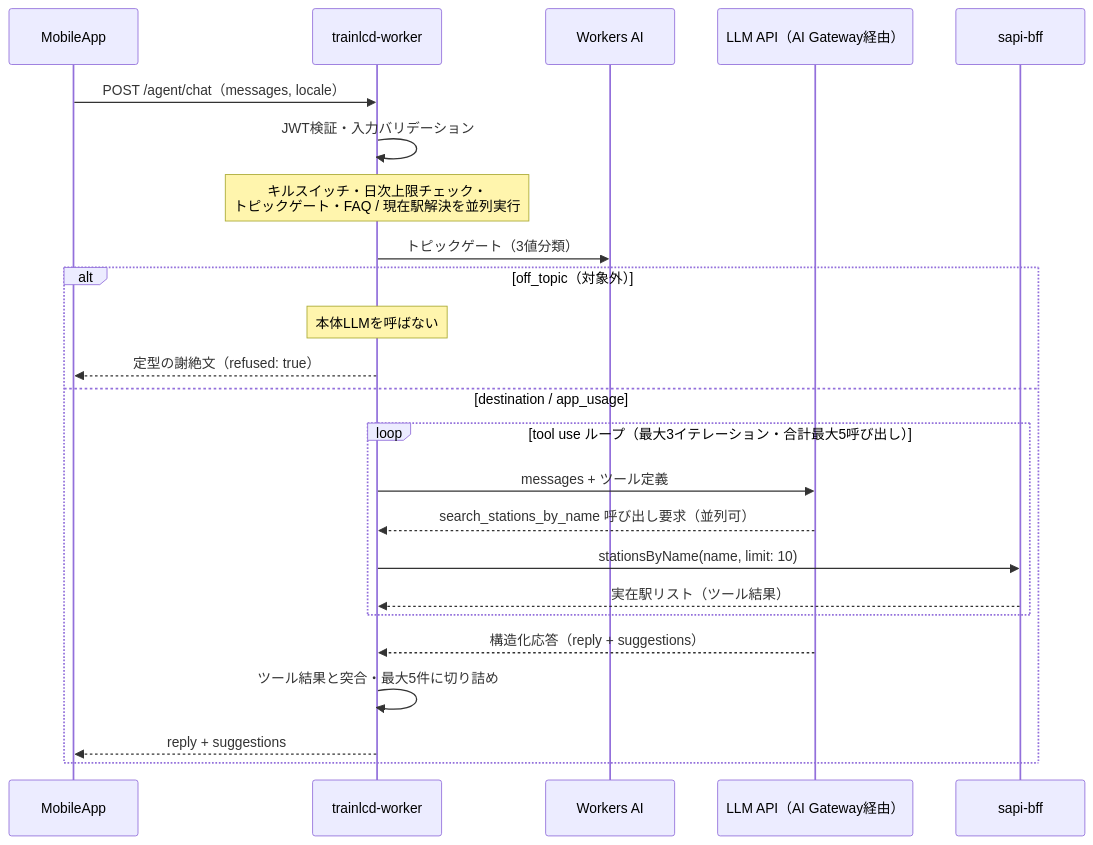
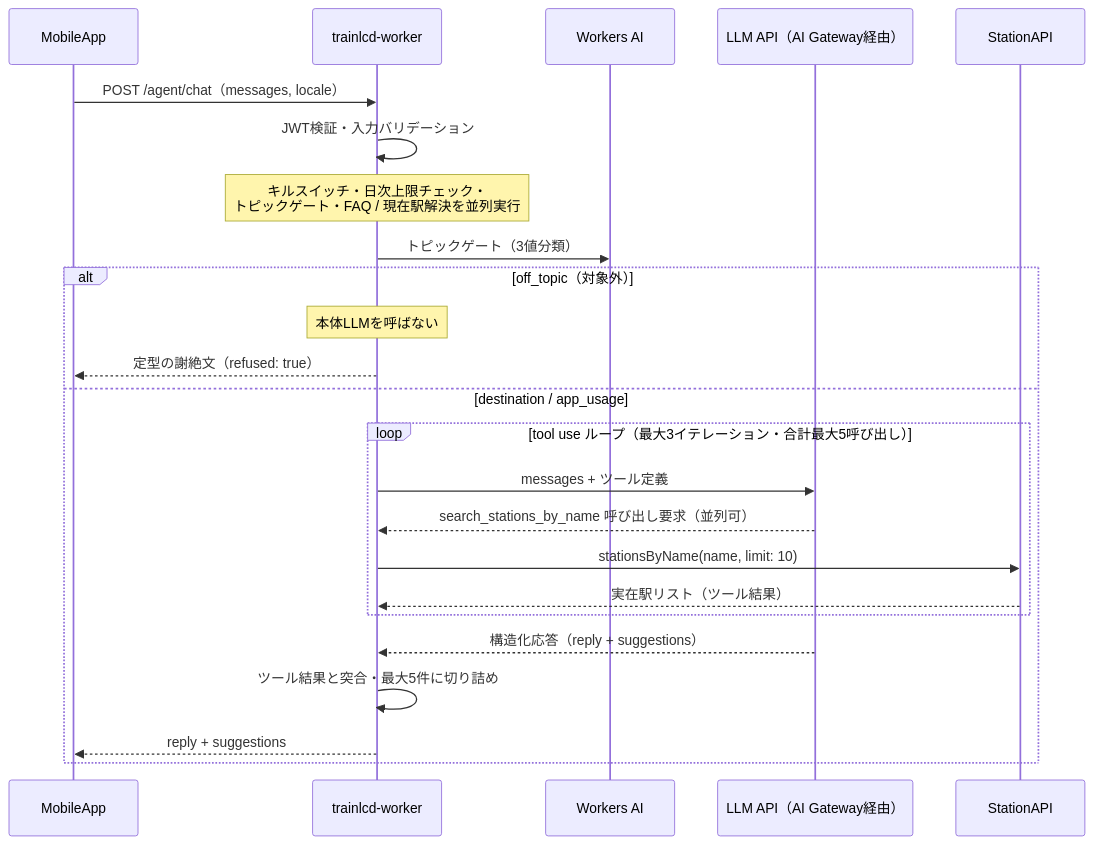
One commit to TrainLCD/MobileApp changed the second of 2 diagrams in docs/spec/ai-agent/architecture.md. Above: the diagram before and after it, drawn with Mermaid. The commit also changed other lines of this file and 3 other files, not shown here.

````diff
--- a/docs/spec/ai-agent/architecture.md
+++ b/docs/spec/ai-agent/architecture.md
@@ -265,27 +265,27 @@
 ```mermaid
 sequenceDiagram
   participant App as MobileApp
   participant W as trainlcd-worker
   participant WAI as Workers AI
   participant LLM as LLM API（AI Gateway経由）
-  participant S as sapi-bff
+  participant S as StationAPI
 
   App->>W: POST /agent/chat（messages, locale）
   W->>W: JWT検証・入力バリデーション
   Note over W: キルスイッチ・日次上限チェック・<br>トピックゲート・FAQ / 現在駅解決を並列実行
   W->>WAI: トピックゲート（3値分類）
   alt off_topic（対象外）
     Note over W: 本体LLMを呼ばない
     W-->>App: 定型の謝絶文（refused: true）
   else destination / app_usage
     loop tool use ループ（最大3イテレーション・合計最大5呼び出し）
       W->>LLM: messages + ツール定義
       LLM-->>W: search_stations_by_name 呼び出し要求（並列可）
       W->>S: stationsByName(name, limit: 10)
       S-->>W: 実在駅リスト（ツール結果）
     end
     LLM-->>W: 構造化応答（reply + suggestions）
     W->>W: ツール結果と突合・最大5件に切り詰め
     W-->>App: reply + suggestions
   end
 ```
````
